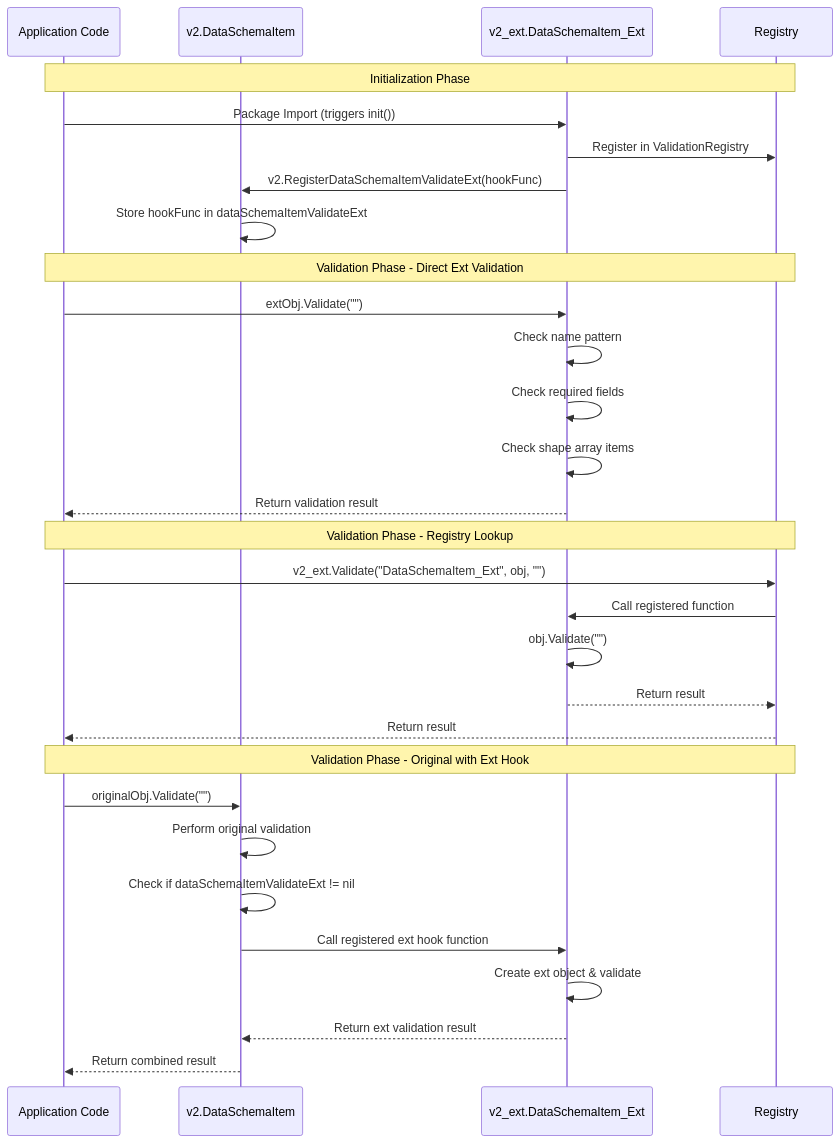
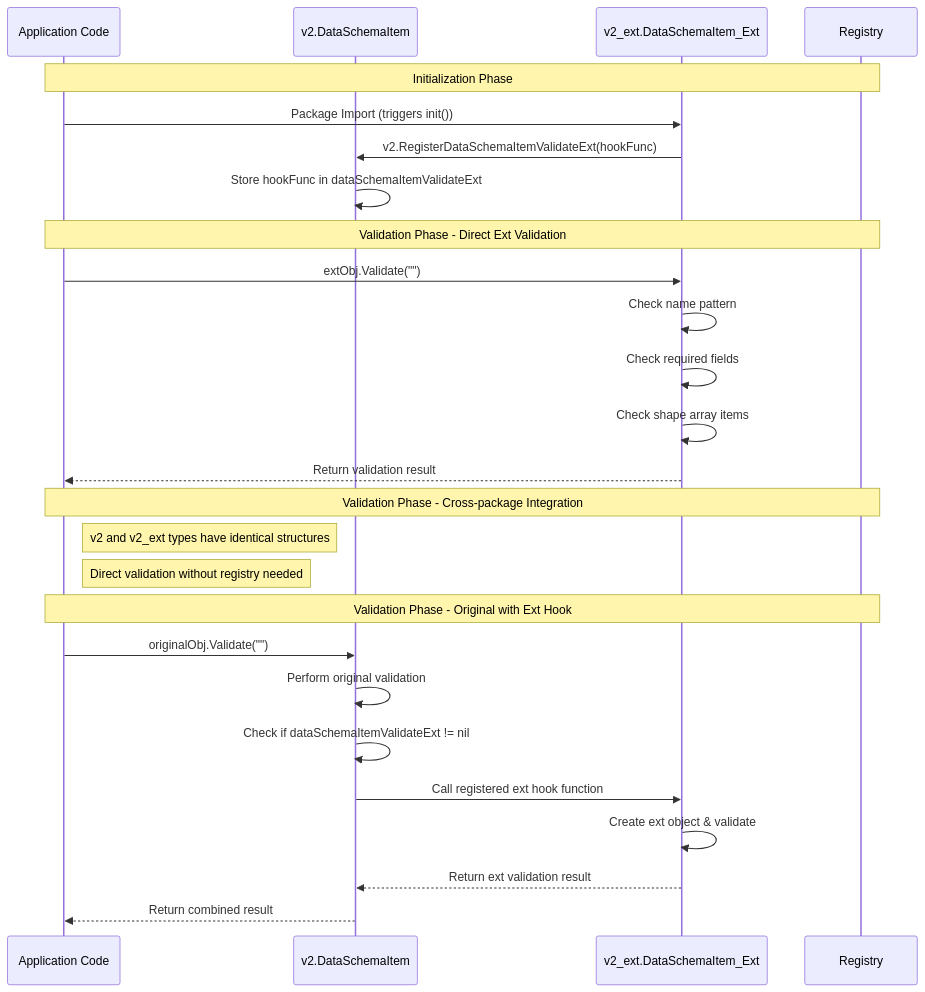
The fourth of 6 diagrams in COMPILER_FLOW_CHARTS.md (michelangelo-ai/michelangelo), drawn with Mermaid before and after one commit. The commit also changed other lines of this file and 4 other files, not shown here.

Commit message:
ValidateRegistry not needed as we do direct type conv

````diff
--- a/COMPILER_FLOW_CHARTS.md
+++ b/COMPILER_FLOW_CHARTS.md
@@ -147,36 +144,32 @@
 ```mermaid
 sequenceDiagram
     participant App as Application Code
     participant V2 as v2.DataSchemaItem
     participant V2Ext as v2_ext.DataSchemaItem_Ext
     participant Reg as Registry
     
     Note over App,Reg: Initialization Phase
     App->>V2Ext: Package Import (triggers init())
-    V2Ext->>Reg: Register in ValidationRegistry
     V2Ext->>V2: v2.RegisterDataSchemaItemValidateExt(hookFunc)
     V2->>V2: Store hookFunc in dataSchemaItemValidateExt
     
     Note over App,Reg: Validation Phase - Direct Ext Validation
     App->>V2Ext: extObj.Validate("")
     V2Ext->>V2Ext: Check name pattern
     V2Ext->>V2Ext: Check required fields
     V2Ext->>V2Ext: Check shape array items
     V2Ext-->>App: Return validation result
     
-    Note over App,Reg: Validation Phase - Registry Lookup
-    App->>Reg: v2_ext.Validate("DataSchemaItem_Ext", obj, "")
-    Reg->>V2Ext: Call registered function
-    V2Ext->>V2Ext: obj.Validate("")
-    V2Ext-->>Reg: Return result
-    Reg-->>App: Return result
+    Note over App,Reg: Validation Phase - Cross-package Integration
+    Note right of App: v2 and v2_ext types have identical structures
+    Note right of App: Direct validation without registry needed
     
     Note over App,Reg: Validation Phase - Original with Ext Hook
     App->>V2: originalObj.Validate("")
     V2->>V2: Perform original validation
     V2->>V2: Check if dataSchemaItemValidateExt != nil
     V2->>V2Ext: Call registered ext hook function
     V2Ext->>V2Ext: Create ext object & validate
     V2Ext-->>V2: Return ext validation result
     V2-->>App: Return combined result
 ```
````
